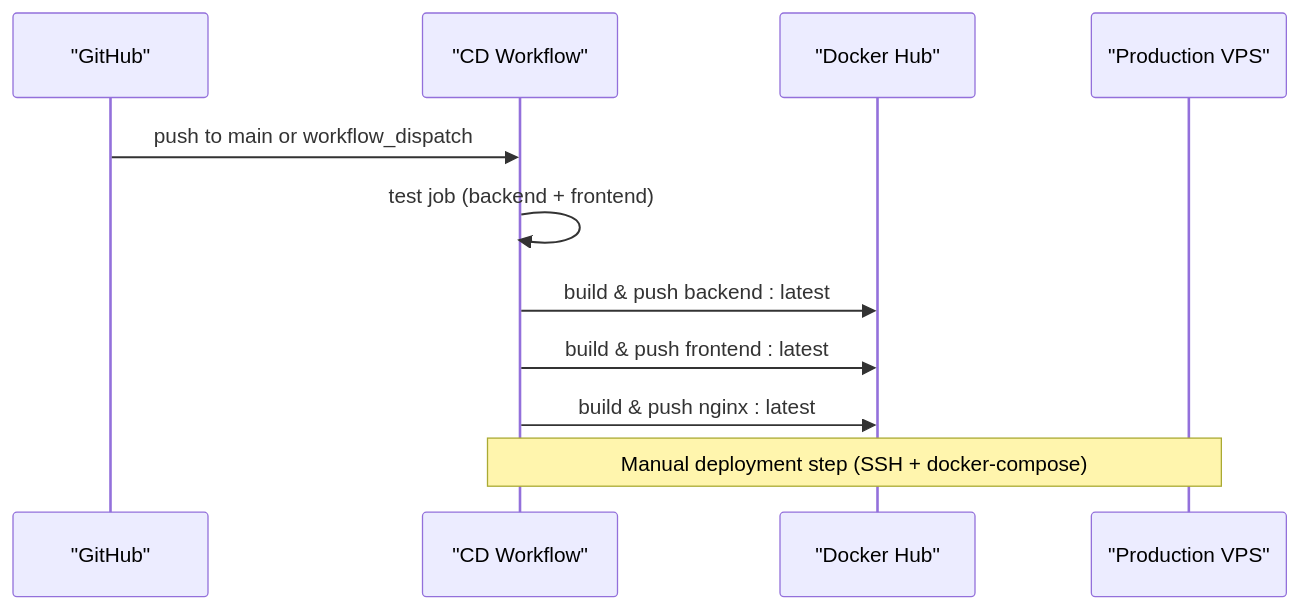
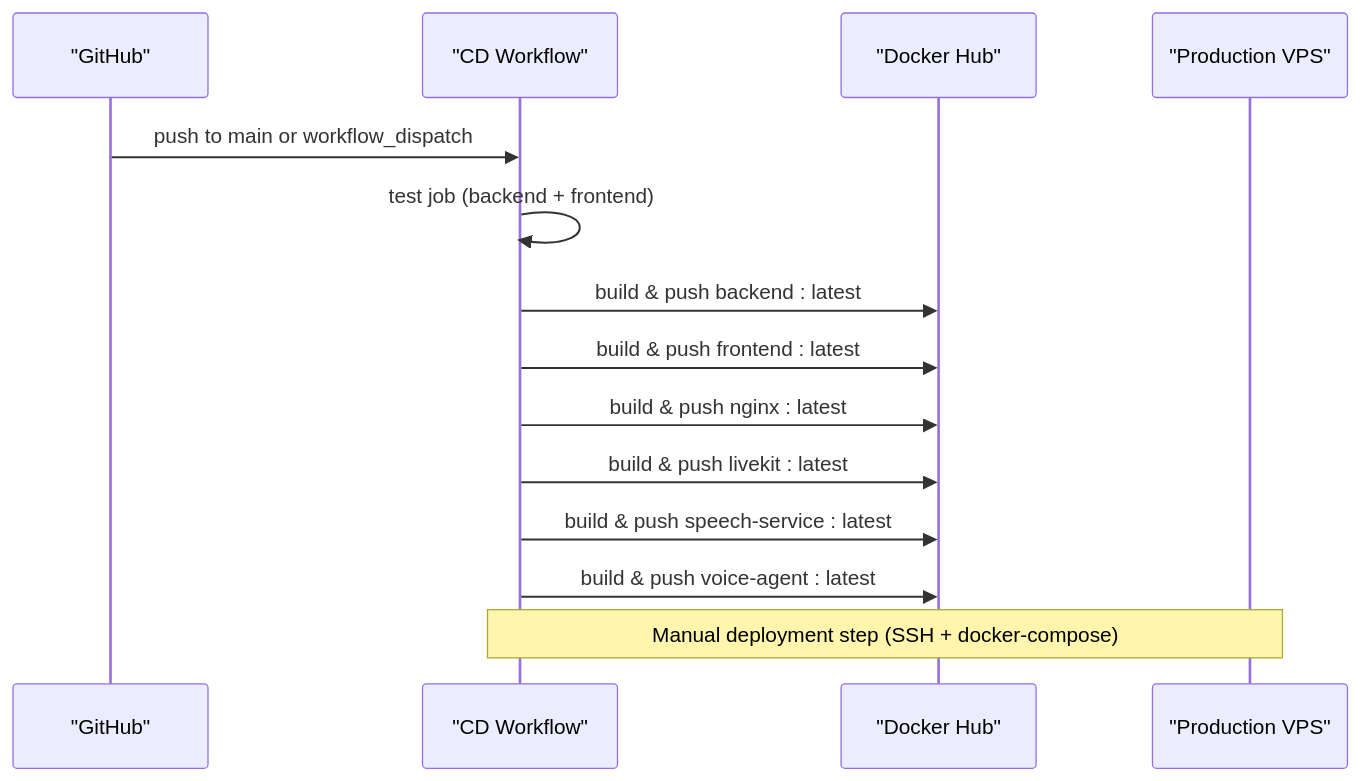
One commit to Revanththetalogics/aireume changed the fourth of 13 diagrams in .qoder/repowiki/en/content/Deployment & DevOps/CI_CD Pipelines.md. Above: the diagram before and after it, drawn with Mermaid. The commit also changed other lines of this file and 39 other files, not shown here.

````diff
--- a/.qoder/repowiki/en/content/Deployment & DevOps/CI_CD Pipelines.md
+++ b/.qoder/repowiki/en/content/Deployment & DevOps/CI_CD Pipelines.md
@@ -178,13 +208,16 @@
 ```mermaid
 sequenceDiagram
 participant GH as "GitHub"
 participant CD as "CD Workflow"
 participant DH as "Docker Hub"
 participant VPS as "Production VPS"
 GH->>CD : push to main or workflow_dispatch
 CD->>CD : test job (backend + frontend)
 CD->>DH : build & push backend : latest
 CD->>DH : build & push frontend : latest
 CD->>DH : build & push nginx : latest
+CD->>DH : build & push livekit : latest
+CD->>DH : build & push speech-service : latest
+CD->>DH : build & push voice-agent : latest
 Note over CD,VPS : Manual deployment step (SSH + docker-compose)
 ```
````
